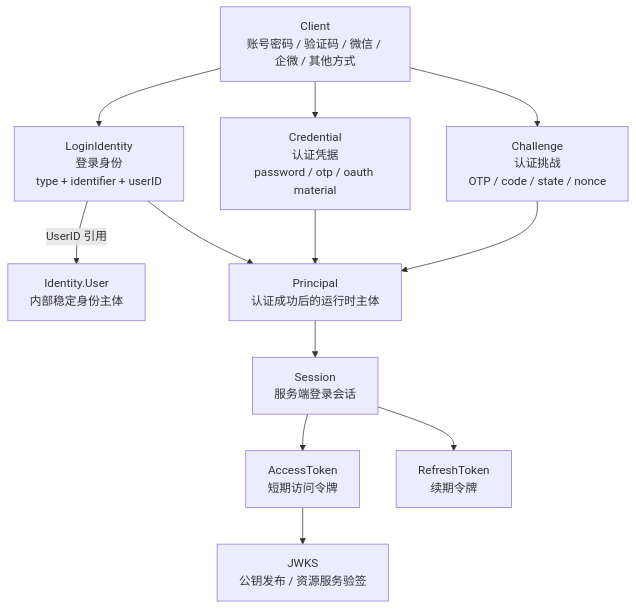
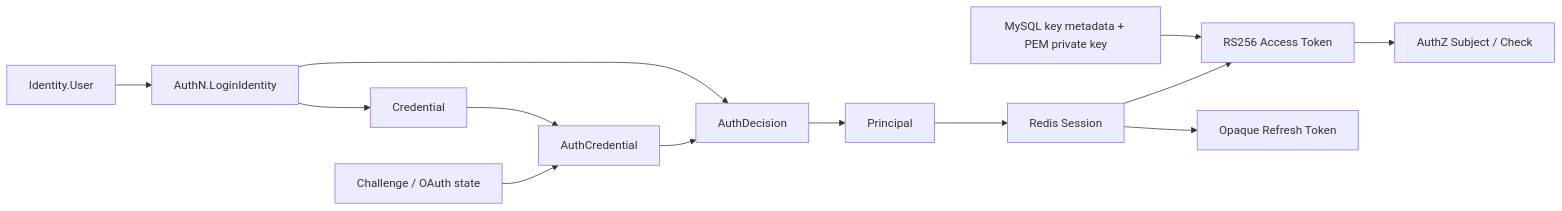
Before and after one commit to FangcunMount/iam: the first of 2 diagrams in docs/02-业务模块/02-AuthN/00-模块总览.md, drawn with Mermaid. The commit also changed other lines of this file and 126 other files, not shown here.

````diff
--- a/docs/02-业务模块/02-AuthN/00-模块总览.md
+++ b/docs/02-业务模块/02-AuthN/00-模块总览.md
@@ -84,28 +30,15 @@
 ```mermaid
-flowchart TD
-    Client["Client\n账号密码 / 验证码 / 微信 / 企微 / 其他方式"]
-
-    LI["LoginIdentity\n登录身份\ntype + identifier + userID"]
-    C["Credential\n认证凭据\npassword / otp / oauth material"]
-    Ch["Challenge\n认证挑战\nOTP / code / state / nonce"]
-
-    P["Principal\n认证成功后的运行时主体"]
-    S["Session\n服务端登录会话"]
-    AT["AccessToken\n短期访问令牌"]
-    RT["RefreshToken\n续期令牌"]
-    JWKS["JWKS\n公钥发布 / 资源服务验签"]
-
-    User["Identity.User\n内部稳定身份主体"]
-
-    Client --> LI
-    Client --> C
-    Client --> Ch
-    LI -->|UserID 引用| User
-    LI --> P
-    C --> P
-    Ch --> P
-    P --> S
-    S --> AT
-    S --> RT
-    AT --> JWKS
+flowchart LR
+    User["Identity.User"] --> LI["AuthN.LoginIdentity"]
+    LI --> Credential["Credential"]
+    Challenge["Challenge / OAuth state"] --> Proof["AuthCredential"]
+    Credential --> Proof
+    Proof --> Decision["AuthDecision"]
+    LI --> Decision
+    Decision --> Principal["Principal"]
+    Principal --> Session["Redis Session"]
+    Session --> Access["RS256 Access Token"]
+    Session --> Refresh["Opaque Refresh Token"]
+    JWKS["MySQL key metadata + PEM private key"] --> Access
+    Access --> AuthZ["AuthZ Subject / Check"]
 ```
````
